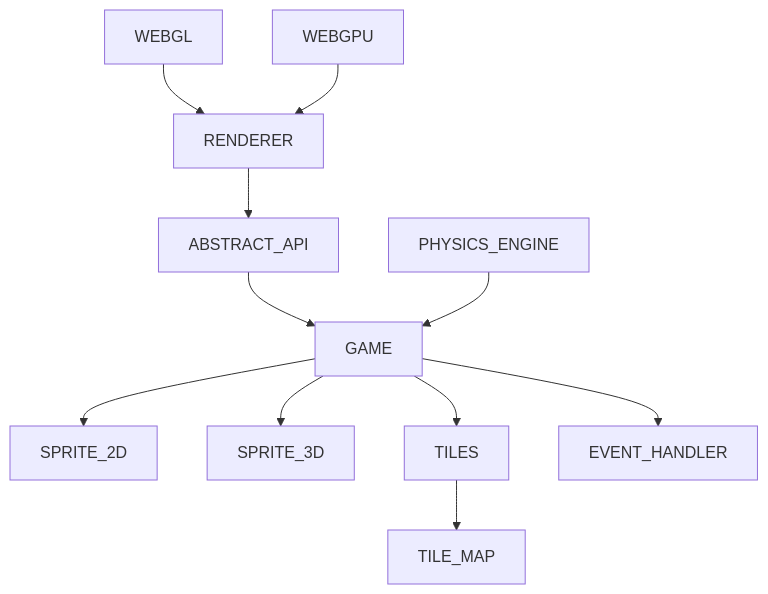
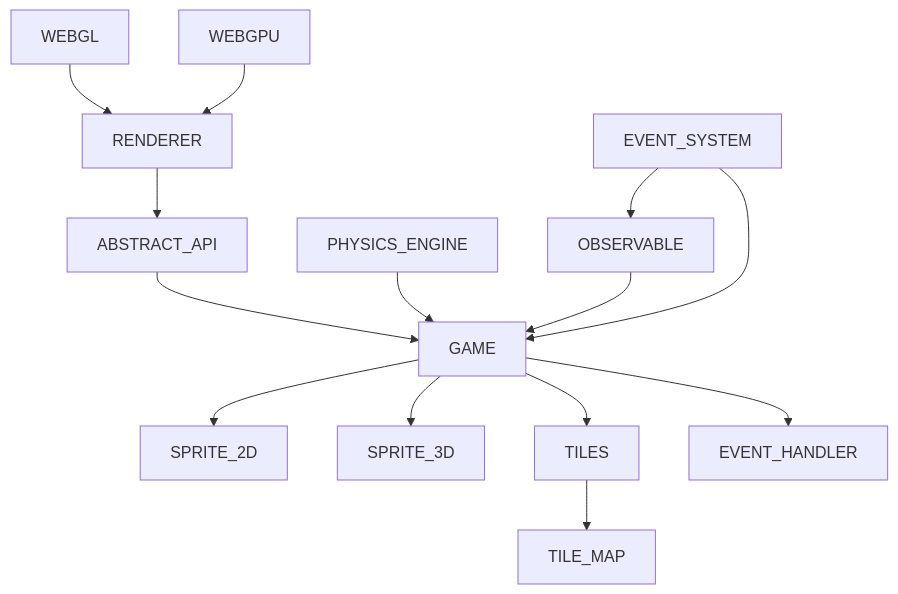
One commit to alle0017/FlyJs changed the diagram in readme.md. Above: the diagram before and after it, drawn with Mermaid. The commit also changed other lines of this file and 19 other files, not shown here.

````diff
--- a/readme.md
+++ b/readme.md
@@ -8,13 +8,16 @@
 ```mermaid
 graph TD;
 WEBGL-->RENDERER
 WEBGPU-->RENDERER
 RENDERER--> ABSTRACT_API
 ABSTRACT_API --> GAME
 GAME --> SPRITE_2D
 GAME --> SPRITE_3D
 GAME --> TILES
 TILES --> TILE_MAP
 GAME --> EVENT_HANDLER
 PHYSICS_ENGINE --> GAME
+OBSERVABLE --> GAME
+EVENT_SYSTEM --> GAME
+EVENT_SYSTEM --> OBSERVABLE
 ```
````
